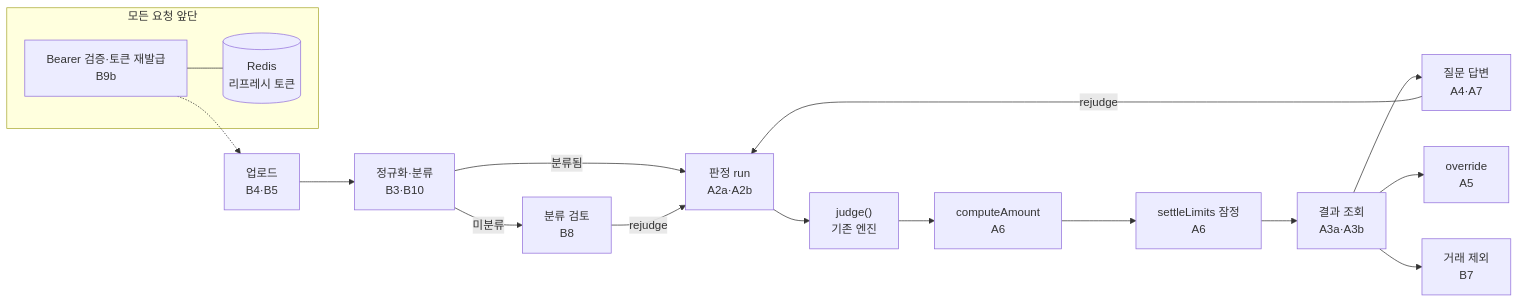
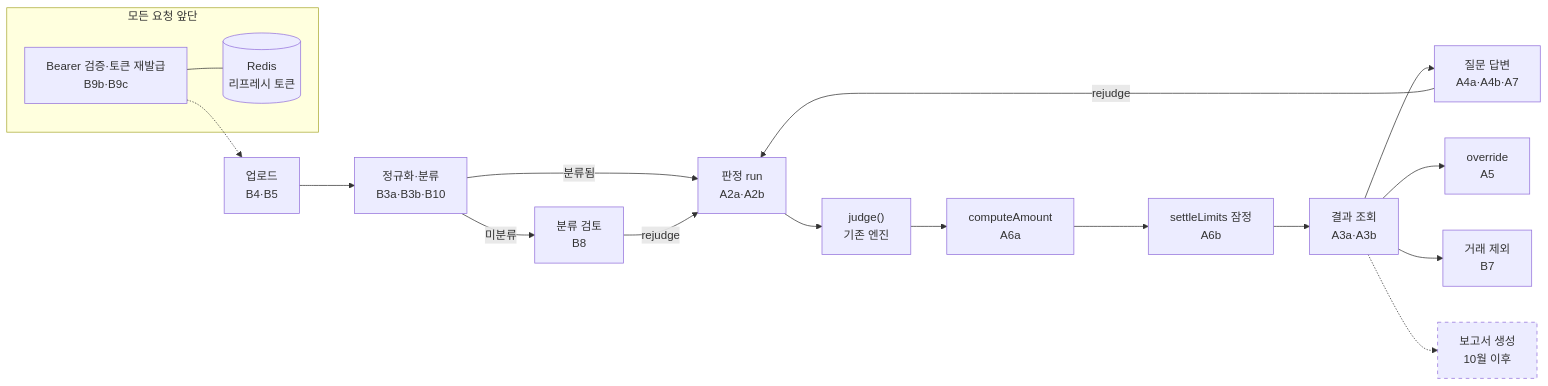
One commit to RainDrop3/ktc4-pusan-4 changed the third of 3 diagrams in docs/backend_api_plan.md. Above: the diagram before and after it, drawn with Mermaid. The commit also changed other lines of this file, not shown here.

````diff
--- a/docs/backend_api_plan.md
+++ b/docs/backend_api_plan.md
@@ -116,19 +132,21 @@
 ```mermaid
 flowchart LR
-    U["업로드<br/>B4·B5"] --> N["정규화·분류<br/>B3·B10"]
+    U["업로드<br/>B4·B5"] --> N["정규화·분류<br/>B3a·B3b·B10"]
     N -->|미분류| CR["분류 검토<br/>B8"]
     N -->|분류됨| R["판정 run<br/>A2a·A2b"]
     CR -->|rejudge| R
     R --> J["judge()<br/>기존 엔진"]
-    J --> C["computeAmount<br/>A6"]
-    C --> L["settleLimits 잠정<br/>A6"]
+    J --> C["computeAmount<br/>A6a"]
+    C --> L["settleLimits 잠정<br/>A6b"]
     L --> Q["결과 조회<br/>A3a·A3b"]
-    Q --> QA["질문 답변<br/>A4·A7"]
+    Q --> QA["질문 답변<br/>A4a·A4b·A7"]
     QA -->|rejudge| R
     Q --> O["override<br/>A5"]
     Q --> X["거래 제외<br/>B7"]
+    Q -.-> RP["보고서 생성<br/>10월 이후"]
     subgraph AUTH["모든 요청 앞단"]
-        T["Bearer 검증·토큰 재발급<br/>B9b"] --- RD[("Redis<br/>리프레시 토큰")]
+        T["Bearer 검증·토큰 재발급<br/>B9b·B9c"] --- RD[("Redis<br/>리프레시 토큰")]
     end
     T -.-> U
+    style RP stroke-dasharray: 5 5
 ```
````
